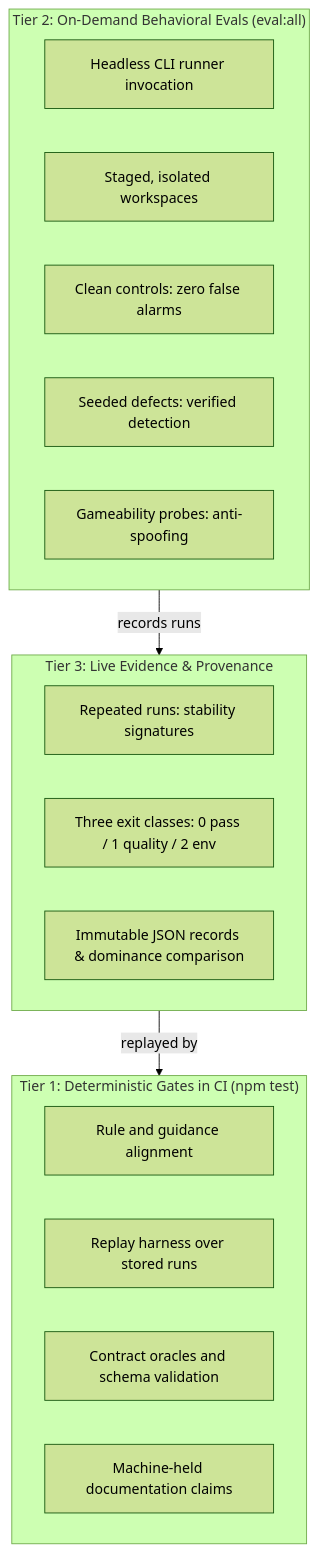
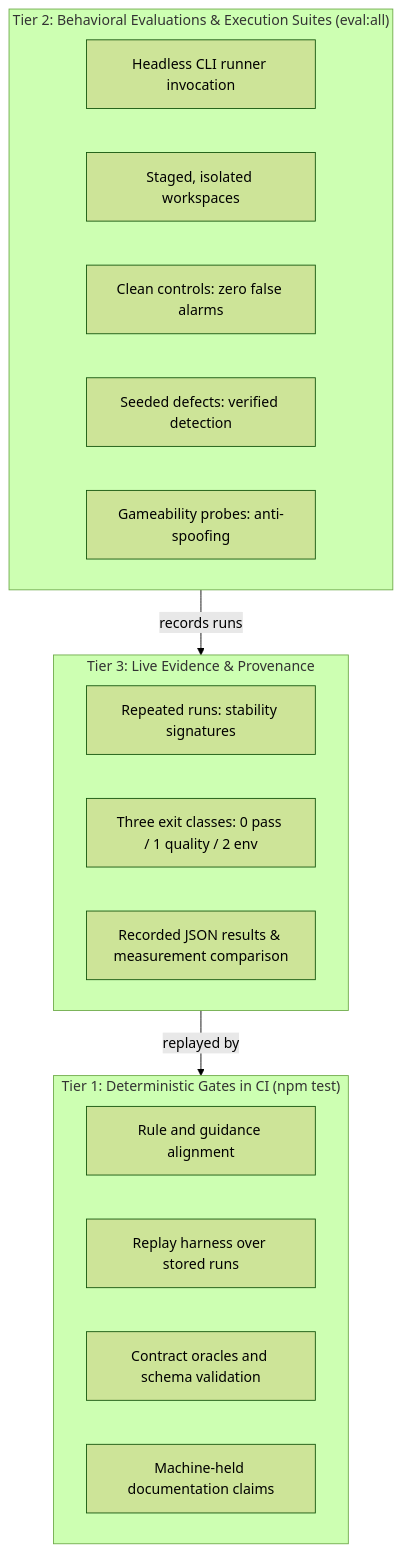
One commit to bmad-code-org/bmad-method-test-architecture-enterprise changed the diagram in docs/explanation/how-tea-is-tested.md. Above: the diagram before and after it, drawn with Mermaid (forest theme). The commit also changed other lines of this file, not shown here.

````diff
--- a/docs/explanation/how-tea-is-tested.md
+++ b/docs/explanation/how-tea-is-tested.md
@@ -11,26 +11,26 @@
 ```mermaid
 flowchart TD
   subgraph TIER1["Tier 1: Deterministic Gates in CI (npm test)"]
     D1[Rule and guidance alignment]
     D2[Replay harness over stored runs]
     D3[Contract oracles and schema validation]
     D4[Machine-held documentation claims]
   end
 
-  subgraph TIER2["Tier 2: On-Demand Behavioral Evals (eval:all)"]
+  subgraph TIER2["Tier 2: Behavioral Evaluations & Execution Suites (eval:all)"]
     B1[Headless CLI runner invocation]
     B2[Staged, isolated workspaces]
     B3[Clean controls: zero false alarms]
     B4[Seeded defects: verified detection]
     B5[Gameability probes: anti-spoofing]
   end
 
   subgraph TIER3["Tier 3: Live Evidence & Provenance"]
     E1[Repeated runs: stability signatures]
     E2[Three exit classes: 0 pass / 1 quality / 2 env]
-    E3[Immutable JSON records & dominance comparison]
+    E3[Recorded JSON results & measurement comparison]
   end
 
   TIER2 -->|records runs| TIER3
   TIER3 -->|replayed by| TIER1
 ```
````
